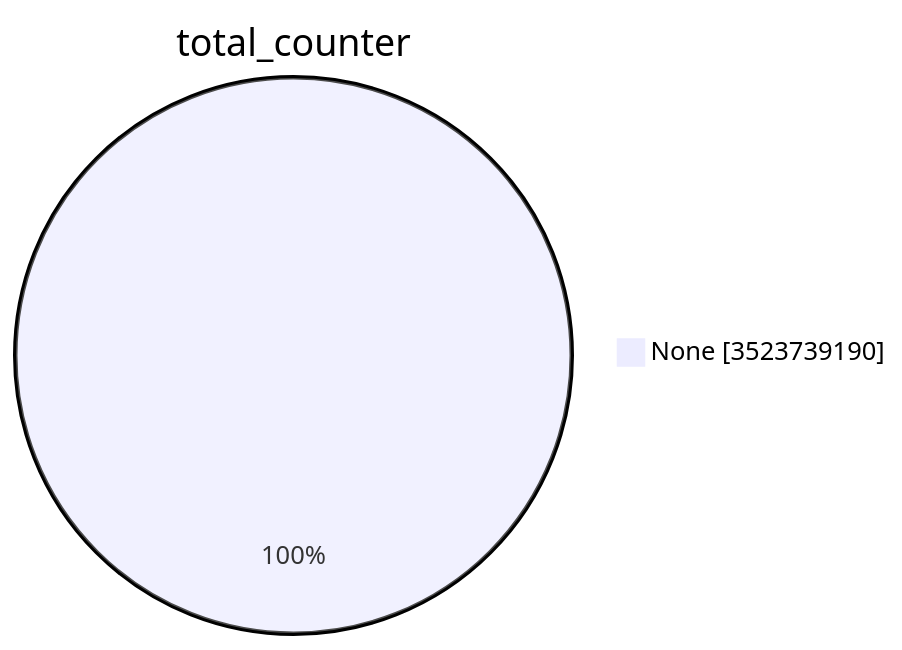
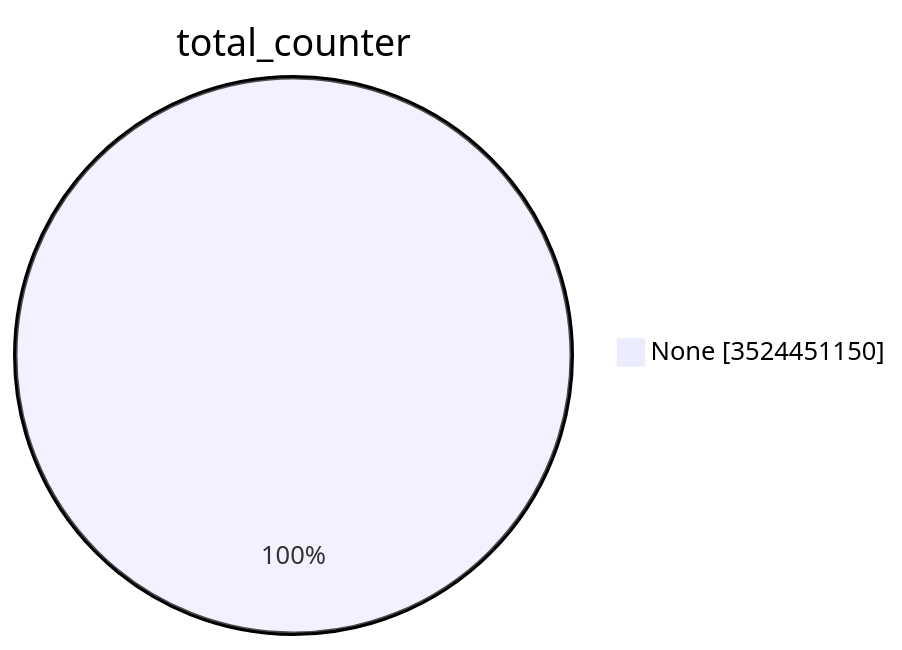
One commit to christiankrug/ctmonitor_visualization changed the first of 15 diagrams in TOTAL/README.md. Above: the diagram before and after it, drawn with Mermaid. The commit also changed other lines of this file, not shown here.

````diff
--- a/TOTAL/README.md
+++ b/TOTAL/README.md
@@ -1,5 +1,5 @@
 ```mermaid
 pie showData
 title total_counter
-"None" :3523739190
+"None" :3524451150
 ```
````
